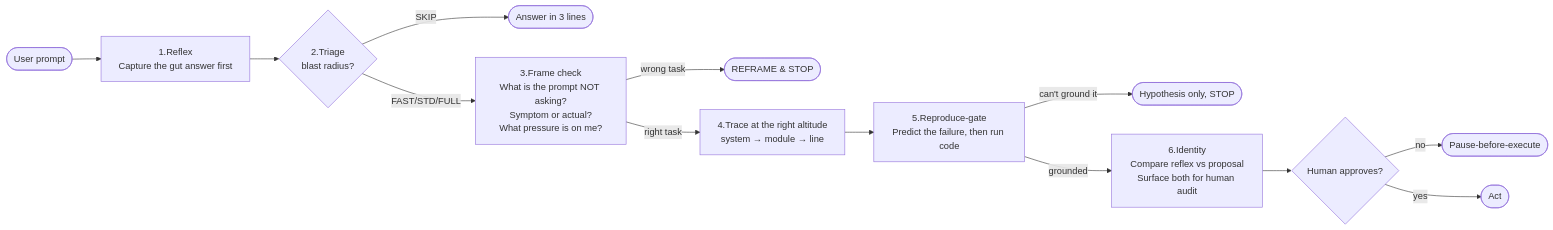
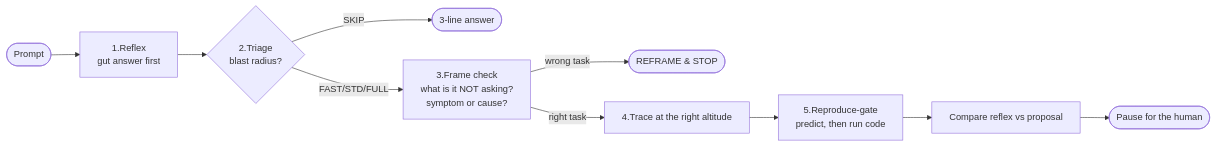
Before and after one commit to flyingsriracha/Anapana: the first of 4 diagrams in README.md, drawn with Mermaid. The commit also changed other lines of this file and 5 other files, not shown here.

````diff
--- a/README.md
+++ b/README.md
@@ -47,15 +36,12 @@
 ```mermaid
 flowchart LR
-    A([User prompt]) --> B[1.Reflex<br/>Capture the gut answer first]
+    A([Prompt]) --> B[1.Reflex<br/>gut answer first]
     B --> C{2.Triage<br/>blast radius?}
-    C -->|SKIP| Z([Answer in 3 lines])
-    C -->|FAST/STD/FULL| D[3.Frame check<br/>What is the prompt NOT asking?<br/>Symptom or actual?<br/>What pressure is on me?]
+    C -->|SKIP| Z([3-line answer])
+    C -->|FAST/STD/FULL| D[3.Frame check<br/>what is it NOT asking?<br/>symptom or cause?]
     D -->|wrong task| RF([REFRAME &amp; STOP])
-    D -->|right task| E[4.Trace at the right altitude<br/>system &rarr; module &rarr; line]
-    E --> F[5.Reproduce-gate<br/>Predict the failure, then run code]
-    F -->|can't ground it| HY([Hypothesis only, STOP])
-    F -->|grounded| G[6.Identity<br/>Compare reflex vs proposal<br/>Surface both for human audit]
-    G --> H{Human approves?}
-    H -->|no| Z2([Pause-before-execute])
-    H -->|yes| OUT([Act])
+    D -->|right task| E[4.Trace at the right altitude]
+    E --> F[5.Reproduce-gate<br/>predict, then run code]
+    F --> G[Compare reflex vs proposal]
+    G --> H([Pause for the human])
 ```
````
